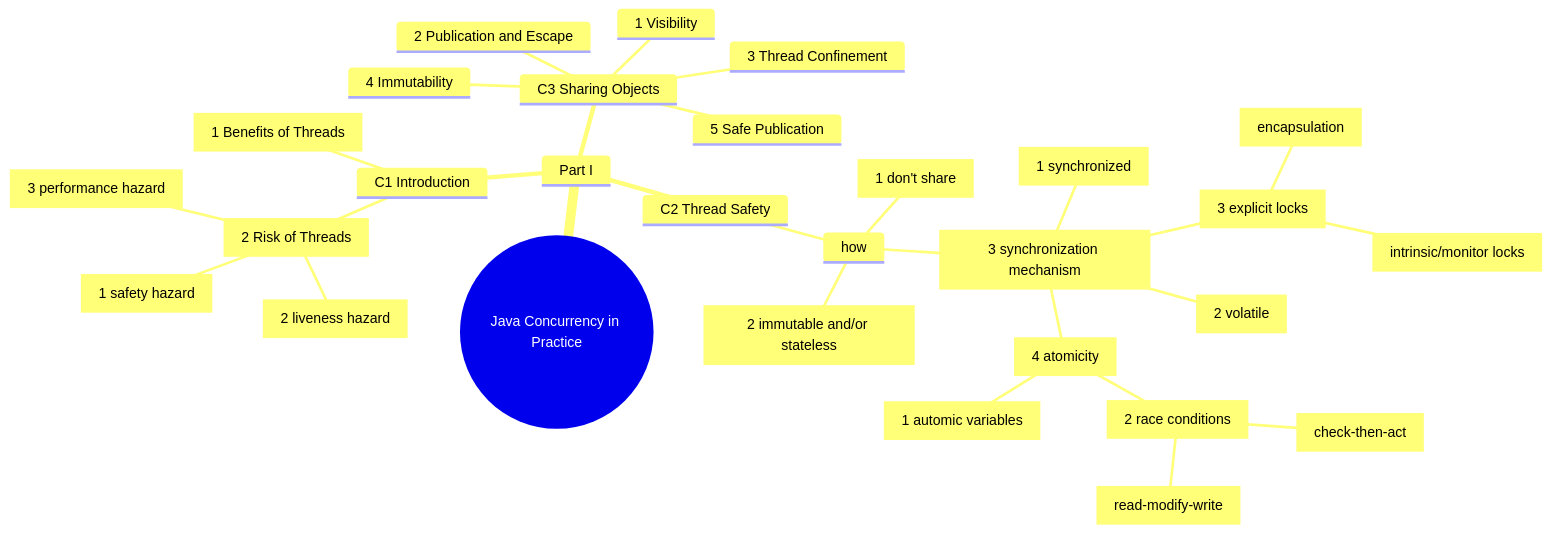
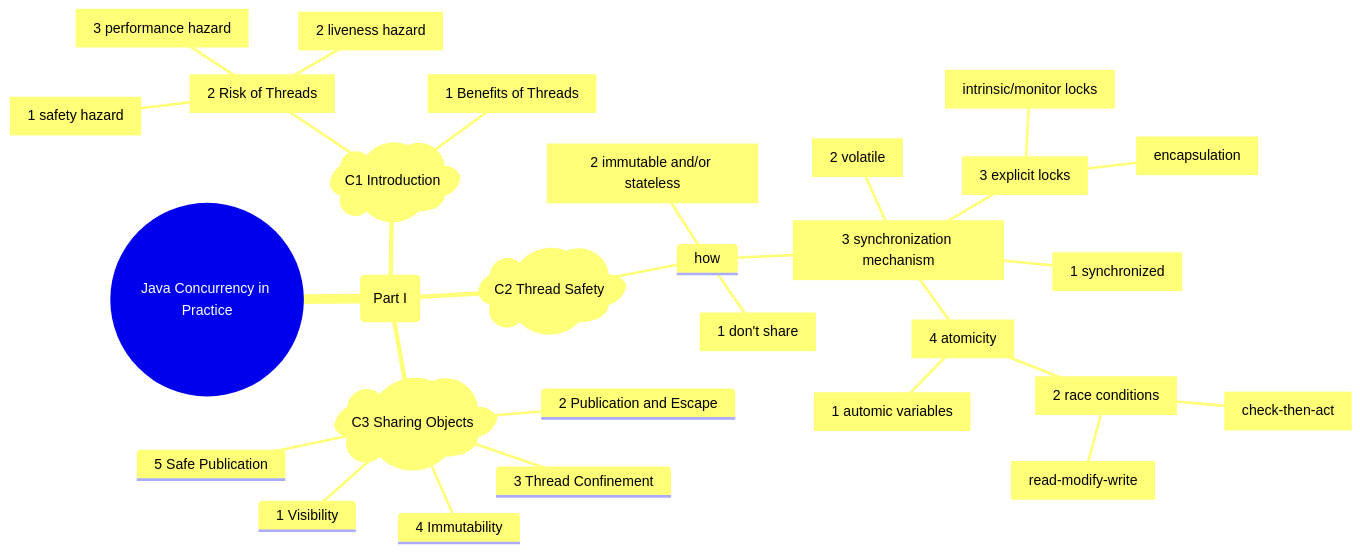
One commit to damonYuan/gitbook changed the diagram in tech/240501-java-concurrency.md. Above: the diagram before and after it, drawn with Mermaid.

````diff
--- a/tech/240501-java-concurrency.md
+++ b/tech/240501-java-concurrency.md
@@ -4,32 +4,32 @@
 ```mermaid
 mindmap
   root((Java Concurrency in Practice))
-    Part I
-      C1 Introduction
+    id(Part I)
+      id)C1 Introduction(
         id[1 Benefits of Threads]
         id[2 Risk of Threads]
            id[1 safety hazard]
            id[2 liveness hazard]
            id[3 performance hazard]
-      C2 Thread Safety
+      id)C2 Thread Safety(
         how
           id[1 don't share]
           id[2 immutable and/or stateless]
           id[3 synchronization mechanism]
             id[1 synchronized]
             id[2 volatile]
             id[3 explicit locks]
               id[intrinsic/monitor locks]
               id[encapsulation]
             id[4 atomicity]
               id[1 automic variables]
               id[2 race conditions]
                 id[check-then-act]
                 id[read-modify-write]
-      C3 Sharing Objects
+      id)C3 Sharing Objects(
         1 Visibility
         2 Publication and Escape
         3 Thread Confinement
         4 Immutability
         5 Safe Publication
 ```
````
